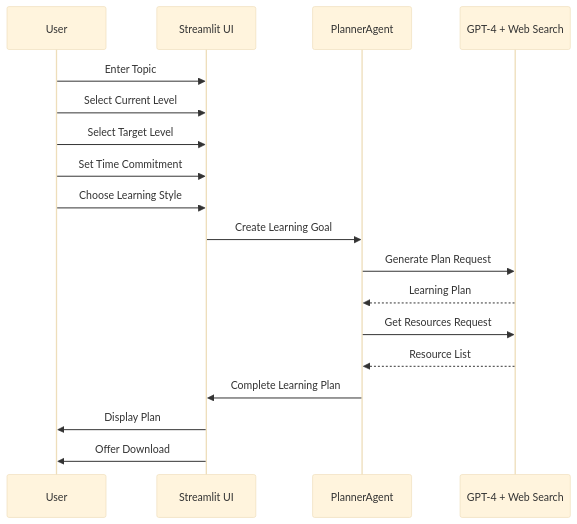
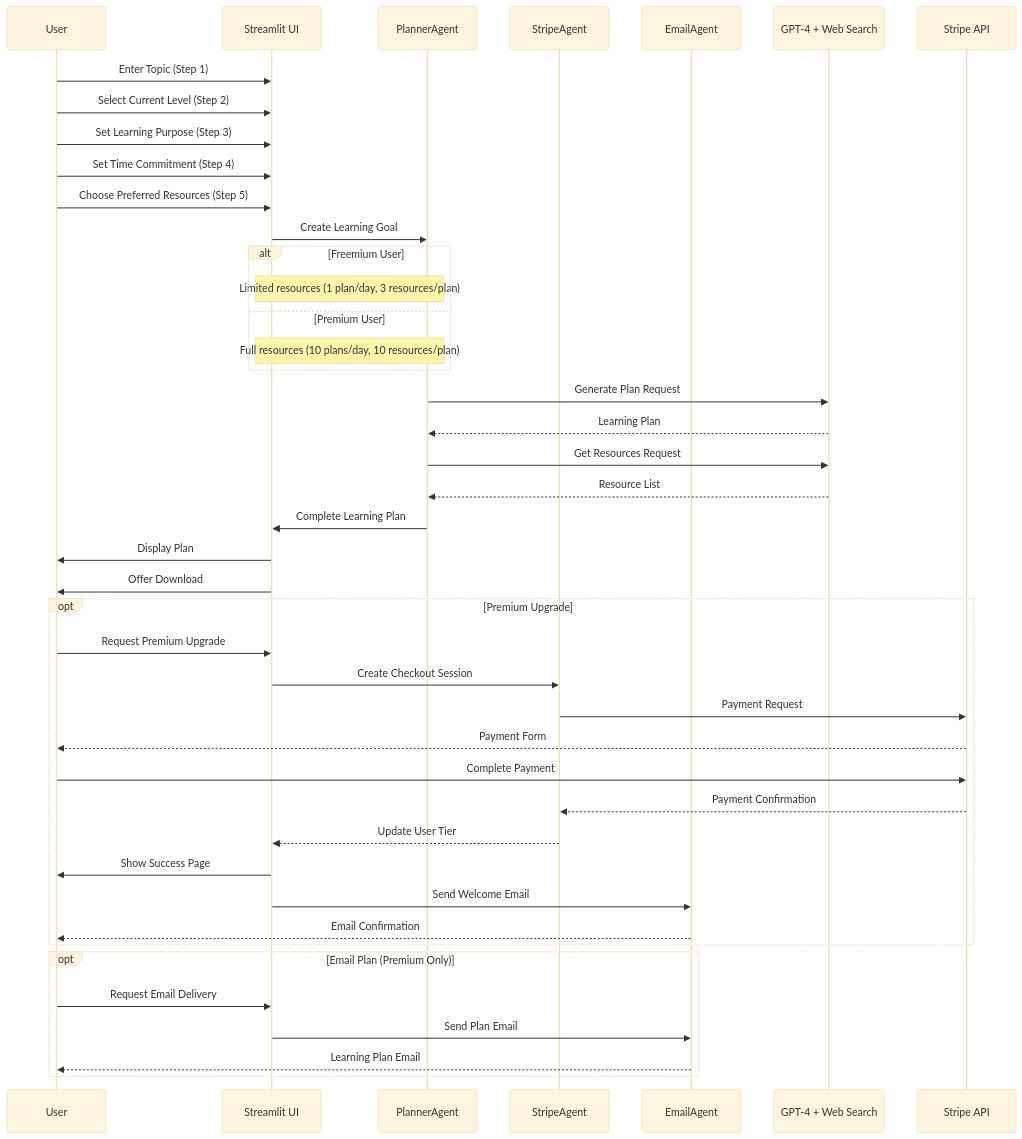
Before and after one commit to hansraj316/Projects: the third of 5 diagrams in CoachAI/docs/README.md, drawn with Mermaid (base theme). The commit also changed other lines of this file and 27 other files, not shown here.

Commit message:
Enhance CoachAI with Stripe integration for subscription management, including new payment handling in StripeAgent, updated LearningGoal model, and improved UI for API key configuration and subscription options. Update documentation to reflect new features and user flow.

````diff
--- a/CoachAI/docs/README.md
+++ b/CoachAI/docs/README.md
@@ -67,21 +81,50 @@
 ```mermaid
 sequenceDiagram
     participant User
     participant UI as Streamlit UI
-    participant Agent as PlannerAgent
+    participant PlanAgent as PlannerAgent
+    participant StripeAgent as StripeAgent
+    participant EmailAgent as EmailAgent
     participant OpenAI as GPT-4 + Web Search
+    participant Stripe as Stripe API
     
-    User->>UI: Enter Topic
-    User->>UI: Select Current Level
-    User->>UI: Select Target Level
-    User->>UI: Set Time Commitment
-    User->>UI: Choose Learning Style
-    UI->>Agent: Create Learning Goal
-    Agent->>OpenAI: Generate Plan Request
-    OpenAI-->>Agent: Learning Plan
-    Agent->>OpenAI: Get Resources Request
-    OpenAI-->>Agent: Resource List
-    Agent->>UI: Complete Learning Plan
+    User->>UI: Enter Topic (Step 1)
+    User->>UI: Select Current Level (Step 2)
+    User->>UI: Set Learning Purpose (Step 3)
+    User->>UI: Set Time Commitment (Step 4)
+    User->>UI: Choose Preferred Resources (Step 5)
+    UI->>PlanAgent: Create Learning Goal
+    
+    alt Freemium User
+        Note over UI,PlanAgent: Limited resources (1 plan/day, 3 resources/plan)
+    else Premium User
+        Note over UI,PlanAgent: Full resources (10 plans/day, 10 resources/plan)
+    end
+    
+    PlanAgent->>OpenAI: Generate Plan Request
+    OpenAI-->>PlanAgent: Learning Plan
+    PlanAgent->>OpenAI: Get Resources Request
+    OpenAI-->>PlanAgent: Resource List
+    PlanAgent->>UI: Complete Learning Plan
     UI->>User: Display Plan
     UI->>User: Offer Download
+    
+    opt Premium Upgrade
+        User->>UI: Request Premium Upgrade
+        UI->>StripeAgent: Create Checkout Session
+        StripeAgent->>Stripe: Payment Request
+        Stripe-->>User: Payment Form
+        User->>Stripe: Complete Payment
+        Stripe-->>StripeAgent: Payment Confirmation
+        StripeAgent-->>UI: Update User Tier
+        UI->>User: Show Success Page
+        UI->>EmailAgent: Send Welcome Email
+        EmailAgent-->>User: Email Confirmation
+    end
+    
+    opt Email Plan (Premium Only)
+        User->>UI: Request Email Delivery
+        UI->>EmailAgent: Send Plan Email
+        EmailAgent-->>User: Learning Plan Email
+    end
 ```
````
